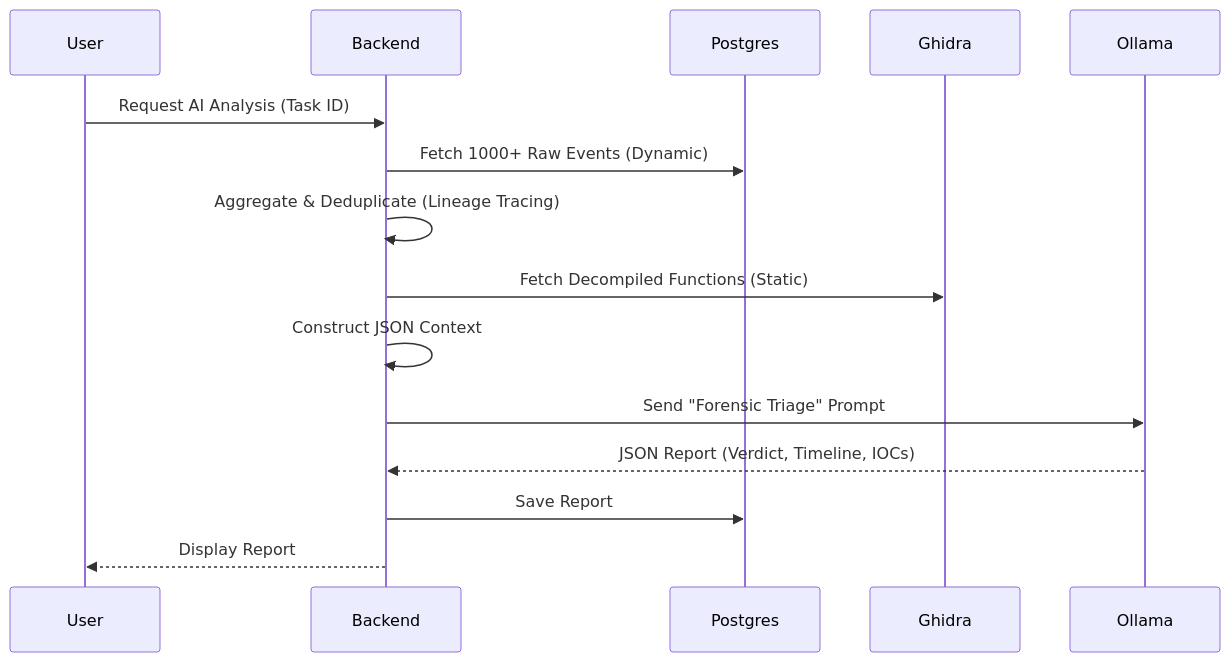
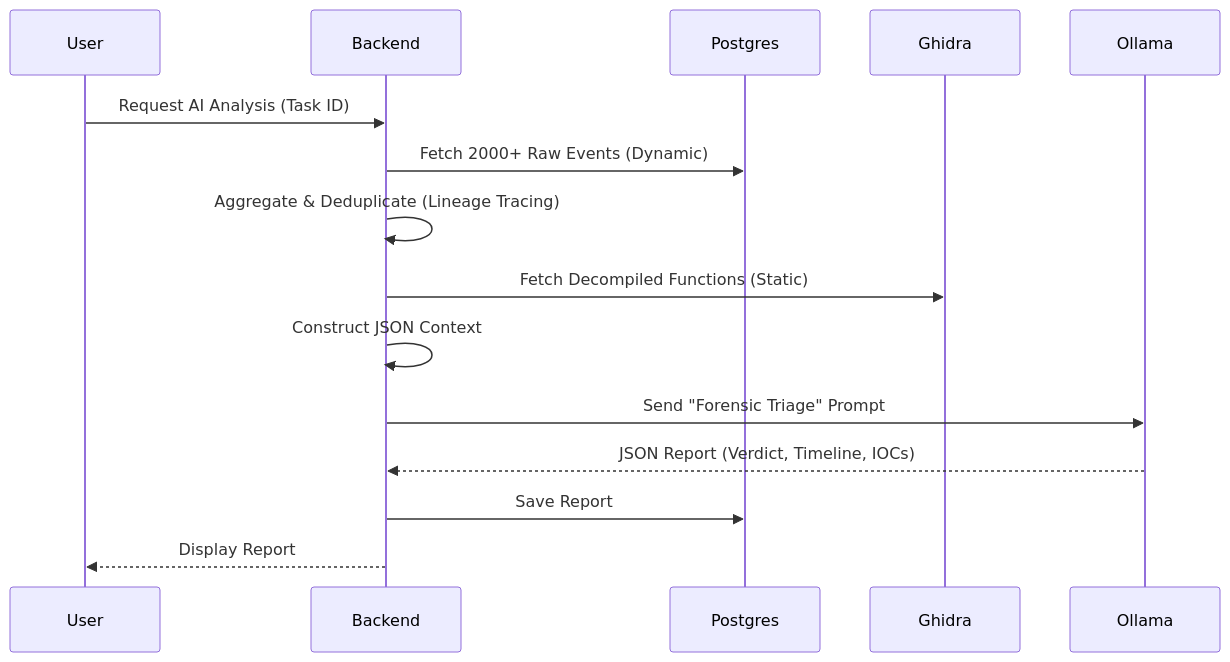
Before and after one commit to Sagz9000/TheVooDooBox: the diagram in docs/03_AI_RAG.md, drawn with Mermaid. The commit also changed other lines of this file and 2 other files, not shown here.

````diff
--- a/docs/03_AI_RAG.md
+++ b/docs/03_AI_RAG.md
@@ -17,18 +17,18 @@
 ```mermaid
 sequenceDiagram
     participant User
     participant Backend
     participant Postgres
     participant Ghidra
     participant Ollama
 
     User->>Backend: Request AI Analysis (Task ID)
-    Backend->>Postgres: Fetch 1000+ Raw Events (Dynamic)
+    Backend->>Postgres: Fetch 2000+ Raw Events (Dynamic)
     Backend->>Backend: Aggregate & Deduplicate (Lineage Tracing)
     Backend->>Ghidra: Fetch Decompiled Functions (Static)
     Backend->>Backend: Construct JSON Context
     Backend->>Ollama: Send "Forensic Triage" Prompt
     Ollama-->>Backend: JSON Report (Verdict, Timeline, IOCs)
     Backend->>Postgres: Save Report
     Backend-->>User: Display Report
 ```
````
